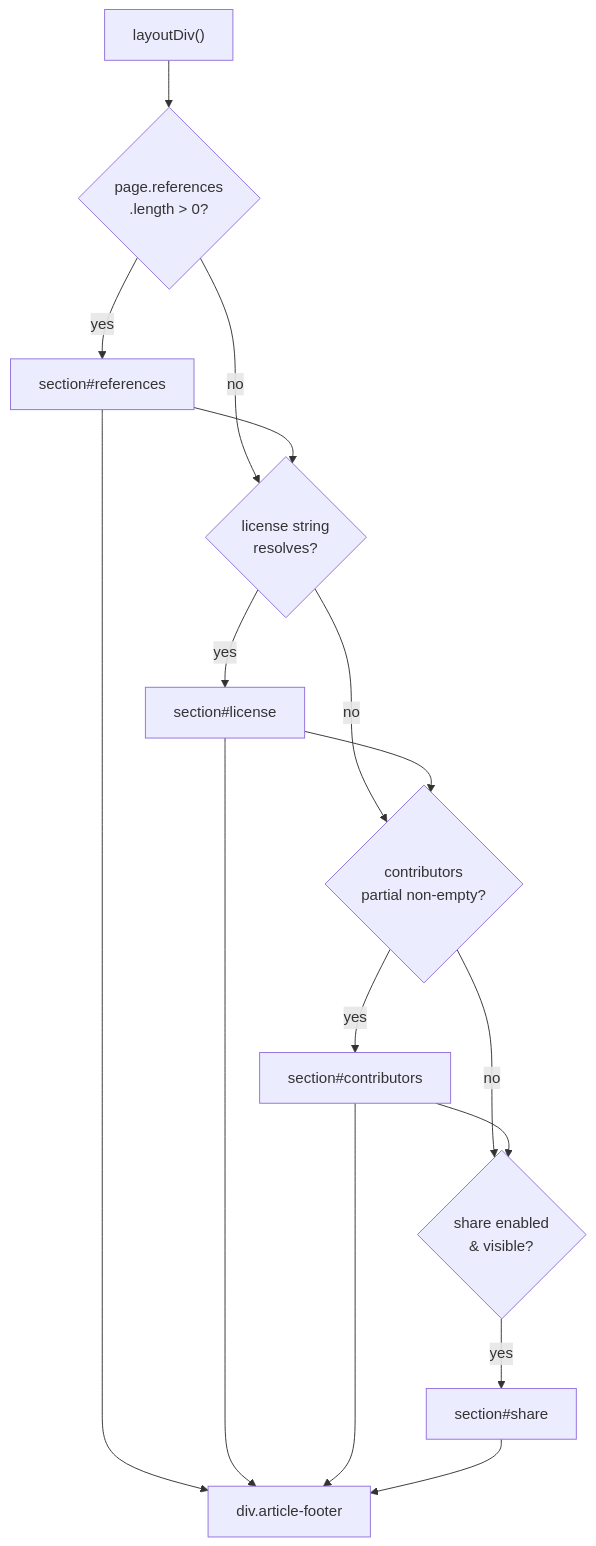
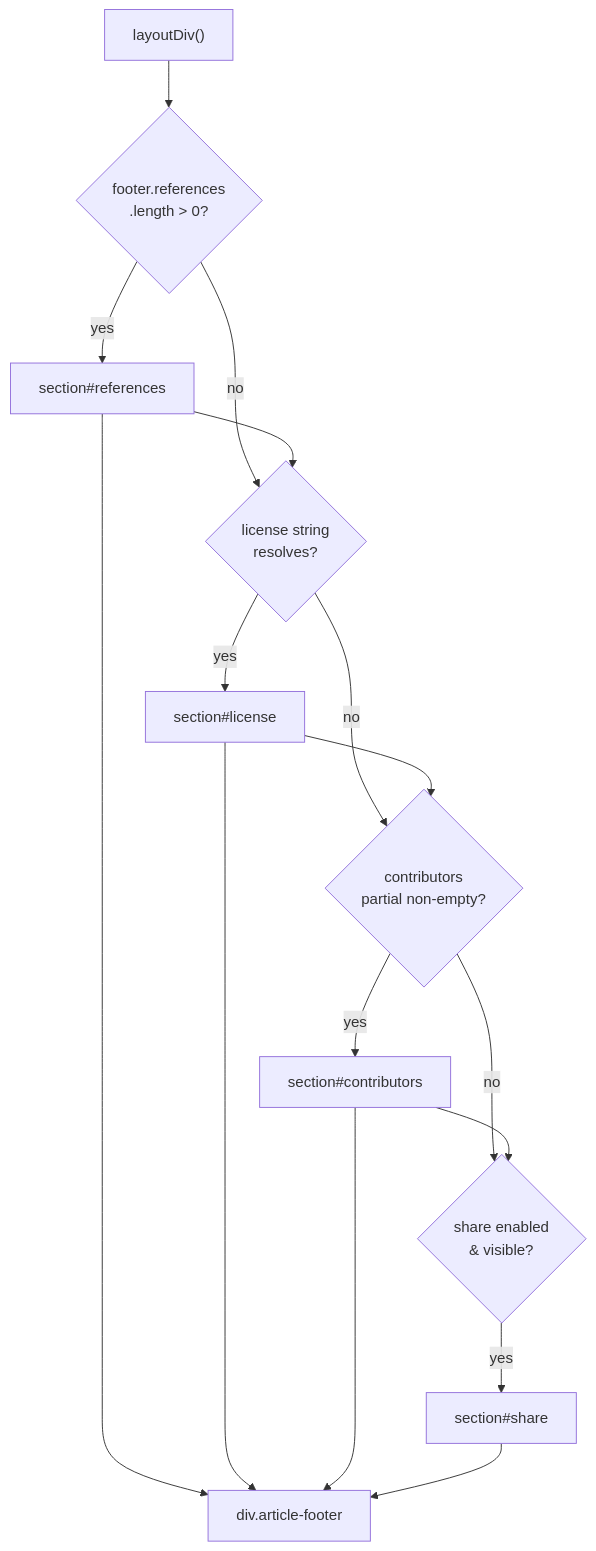
The first of 4 diagrams in docs/knowledge/03-内容系统/article-footer-metadata.md (xaoxuu/hexo-theme-stellar), drawn with Mermaid before and after one commit. The commit also changed other lines of this file and 1 other file, not shown here.

````diff
--- a/docs/knowledge/03-内容系统/article-footer-metadata.md
+++ b/docs/knowledge/03-内容系统/article-footer-metadata.md
@@ -49,26 +49,26 @@
 ```mermaid
 flowchart TD
   layoutDiv["layoutDiv()"]
-  chkRef{"page.references\n.length > 0?"}
+  chkRef{"footer.references\n.length > 0?"}
   chkLic{"license string\nresolves?"}
   chkCon{"contributors\npartial non-empty?"}
   chkShr{"share enabled\n& visible?"}
   secRef["section#references"]
   secLic["section#license"]
   secCon["section#contributors"]
   secShr["section#share"]
   out["div.article-footer"]
 
   layoutDiv --> chkRef
   chkRef -- yes --> secRef
   chkRef -- no --> chkLic
   secRef --> chkLic
   chkLic -- yes --> secLic
   chkLic -- no --> chkCon
   secLic --> chkCon
   chkCon -- yes --> secCon
   chkCon -- no --> chkShr
   secCon --> chkShr
   chkShr -- yes --> secShr
   secRef & secLic & secCon & secShr --> out
 ```
````
